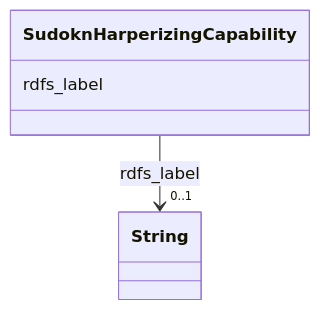
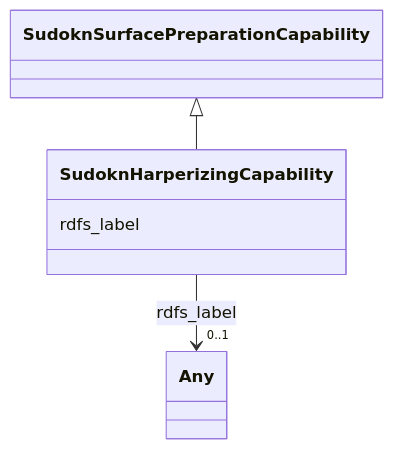
Before and after one commit to frink-okn/graph-descriptions: the diagram in sudokn-kg/classes/SudoknHarperizingCapability.md, drawn with Mermaid. The commit also changed other lines of this file and 903 other files, not shown here.

````diff
--- a/sudokn-kg/classes/SudoknHarperizingCapability.md
+++ b/sudokn-kg/classes/SudoknHarperizingCapability.md
@@ -23,15 +18,18 @@
 ```mermaid
  classDiagram
     class SudoknHarperizingCapability
     click SudoknHarperizingCapability href "../SudoknHarperizingCapability"
+      SudoknSurfacePreparationCapability <|-- SudoknHarperizingCapability
+        click SudoknSurfacePreparationCapability href "../SudoknSurfacePreparationCapability"
+      
       SudoknHarperizingCapability : rdfs_label
         
           
     
     
-    SudoknHarperizingCapability --> "0..1" String : rdfs_label
-    click String href "../String"
+    SudoknHarperizingCapability --> "0..1" Any : rdfs_label
+    click Any href "../Any"
 
         
       
 ```
````
